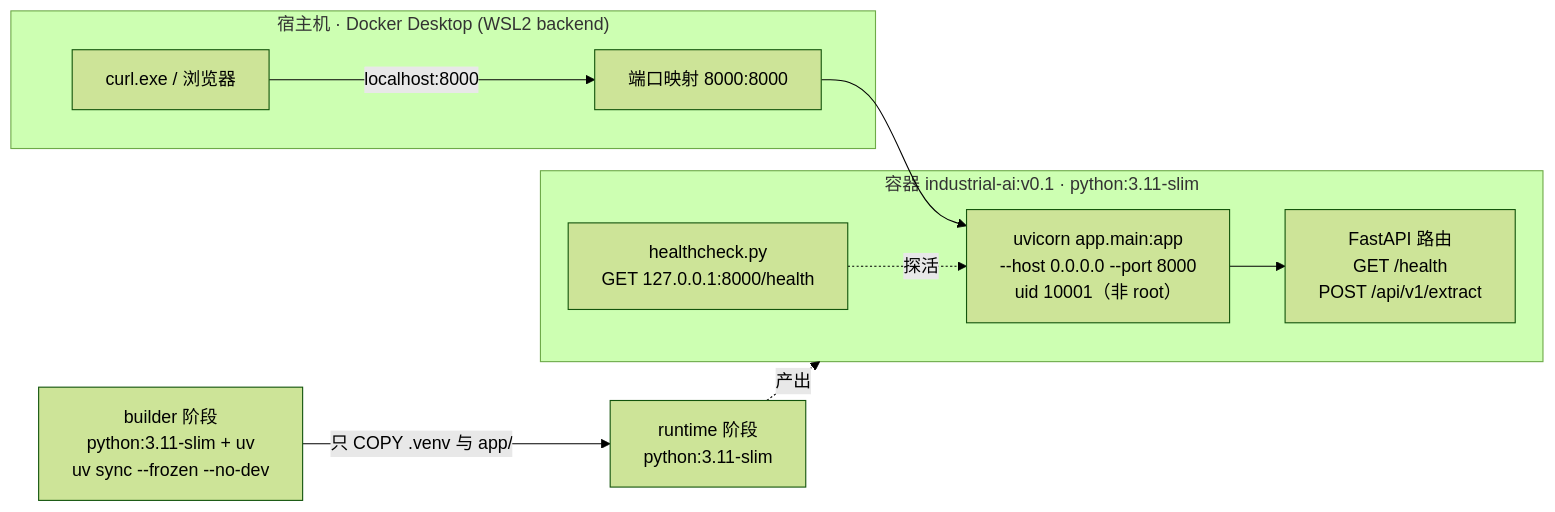
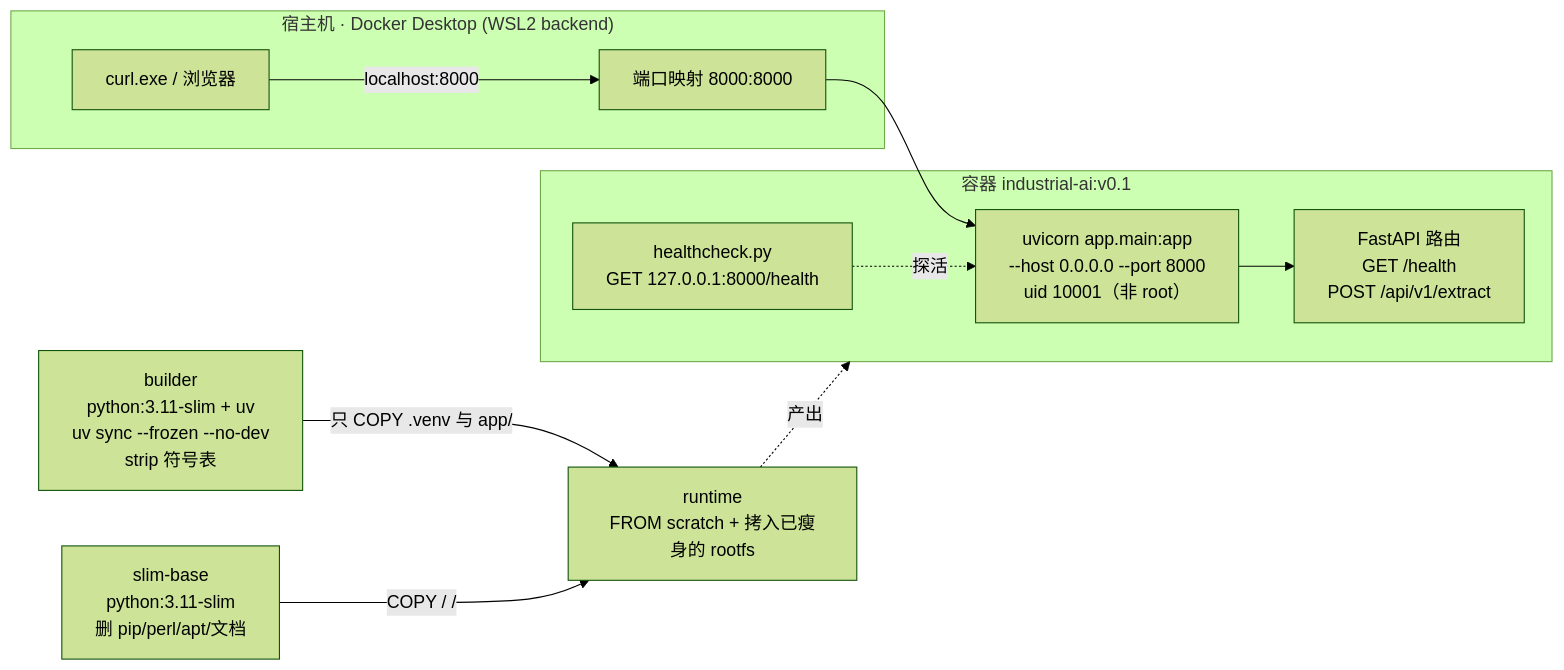
Before and after one commit to hhfyx/industrial-ai-platform: the diagram in README.md, drawn with Mermaid (forest theme). The commit also changed other lines of this file and 3 other files, not shown here.

````diff
--- a/README.md
+++ b/README.md
@@ -72,13 +72,14 @@
 ```mermaid
 flowchart LR
     subgraph Host["宿主机 · Docker Desktop (WSL2 backend)"]
         C["curl.exe / 浏览器"] -->|"localhost:8000"| M["端口映射 8000:8000"]
     end
-    subgraph Container["容器 industrial-ai:v0.1 · python:3.11-slim"]
+    subgraph Container["容器 industrial-ai:v0.1"]
         M --> U["uvicorn app.main:app<br/>--host 0.0.0.0 --port 8000<br/>uid 10001（非 root）"]
         U --> R["FastAPI 路由<br/>GET /health<br/>POST /api/v1/extract"]
         H["healthcheck.py<br/>GET 127.0.0.1:8000/health"] -.探活.-> U
     end
-    B["builder 阶段<br/>python:3.11-slim + uv<br/>uv sync --frozen --no-dev"] -->|"只 COPY .venv 与 app/"| RT["runtime 阶段<br/>python:3.11-slim"]
+    B["builder<br/>python:3.11-slim + uv<br/>uv sync --frozen --no-dev<br/>strip 符号表"] -->|"只 COPY .venv 与 app/"| RT["runtime<br/>FROM scratch + 拷入已瘦身的 rootfs"]
+    SB["slim-base<br/>python:3.11-slim<br/>删 pip/perl/apt/文档"] -->|"COPY / /"| RT
     RT -.产出.-> Container
 ```
````
